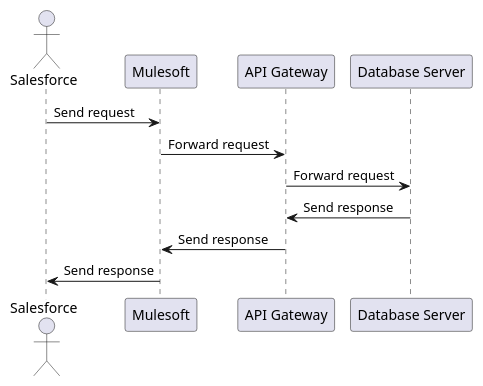
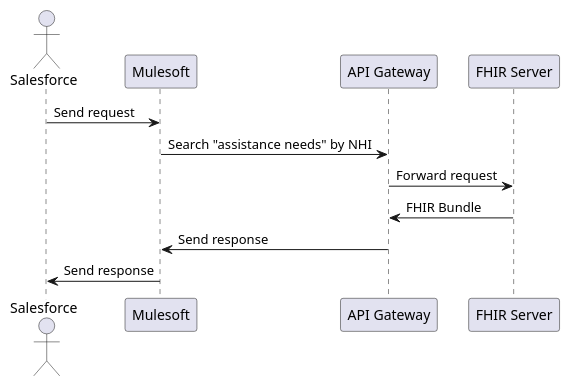
One commit to tewhatuora/fhir-patient-questionnaires changed the diagram in input/images-source/activity-diagram.plantuml. Above: the diagram before and after it, drawn with PlantUML.

Commit message:
Update model

```diff
--- a/input/images-source/activity-diagram.plantuml
+++ b/input/images-source/activity-diagram.plantuml
@@ -1,14 +1,14 @@
 @startuml
 actor Salesforce
 participant "Mulesoft"
 participant "API Gateway"
-participant "Database Server"
+participant "FHIR Server"
 
 Salesforce -> Mulesoft: Send request
-Mulesoft -> "API Gateway": Forward request
-"API Gateway" -> "Database Server": Forward request
-"Database Server" -> "API Gateway": Send response
+Mulesoft -> "API Gateway": Search "assistance needs" by NHI
+"API Gateway" -> "FHIR Server": Forward request
+"FHIR Server" -> "API Gateway": FHIR Bundle
 "API Gateway" -> Mulesoft: Send response
 Mulesoft -> Salesforce: Send response
 
 @enduml
```
